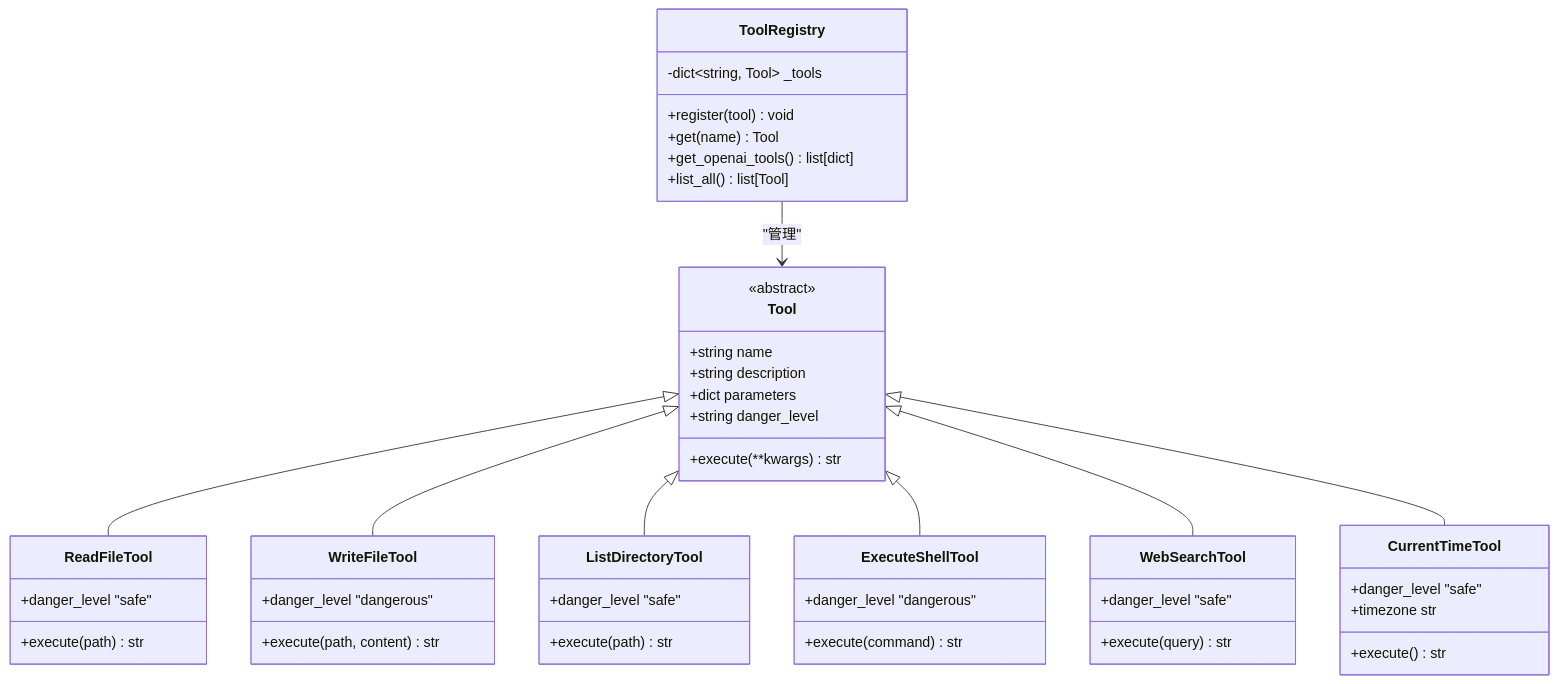
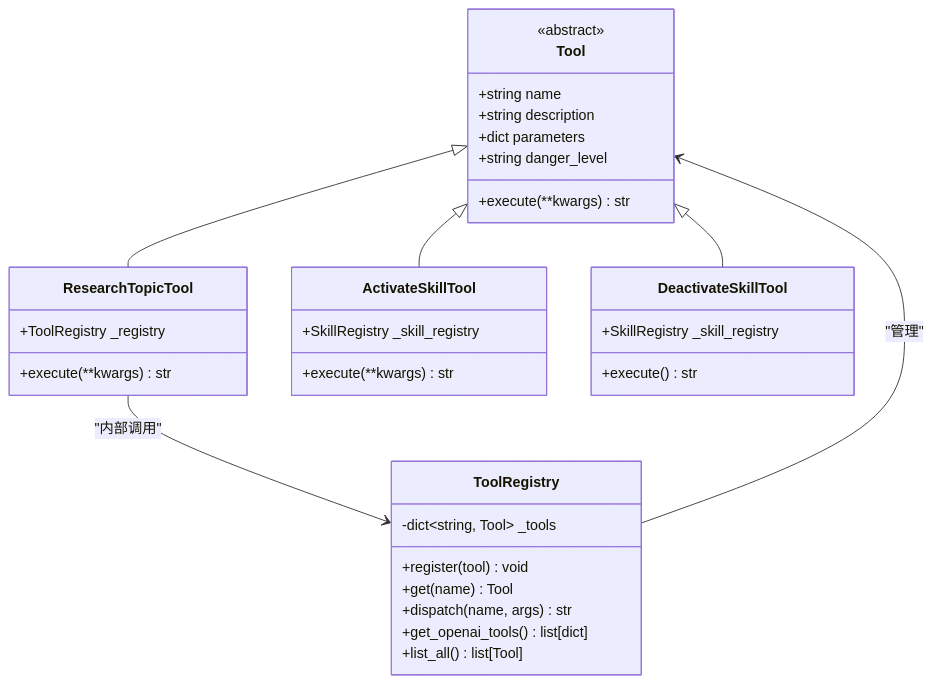
Before and after one commit to 250shiwo/MySmallAgent: the fifth of 10 diagrams in .qoder/repowiki/zh/content/项目概述.md, drawn with Mermaid. The commit also changed other lines of this file and 28 other files, not shown here.

````diff
--- a/.qoder/repowiki/zh/content/项目概述.md
+++ b/.qoder/repowiki/zh/content/项目概述.md
@@ -203,50 +285,36 @@
 ```mermaid
 classDiagram
 class Tool {
 <<abstract>>
 +string name
 +string description
 +dict parameters
 +string danger_level
 +execute(**kwargs) str
 }
 class ToolRegistry {
 -dict~string, Tool~ _tools
 +register(tool) void
 +get(name) Tool
++dispatch(name, args) str
 +get_openai_tools() list[dict]
 +list_all() list[Tool]
 }
-class ReadFileTool {
-+execute(path) str
-+danger_level "safe"
+class ResearchTopicTool {
++ToolRegistry _registry
++execute(**kwargs) str
 }
-class WriteFileTool {
-+execute(path, content) str
-+danger_level "dangerous"
+class ActivateSkillTool {
++SkillRegistry _skill_registry
++execute(**kwargs) str
 }
-class ListDirectoryTool {
-+execute(path) str
-+danger_level "safe"
+class DeactivateSkillTool {
++SkillRegistry _skill_registry
++execute() str
 }
-class ExecuteShellTool {
-+execute(command) str
-+danger_level "dangerous"
-}
-class WebSearchTool {
-+execute(query) str
-+danger_level "safe"
-}
-class CurrentTimeTool {
-+execute() str
-+danger_level "safe"
-+timezone str
-}
-Tool <|-- ReadFileTool
-Tool <|-- WriteFileTool
-Tool <|-- ListDirectoryTool
-Tool <|-- ExecuteShellTool
-Tool <|-- WebSearchTool
-Tool <|-- CurrentTimeTool
+Tool <|-- ResearchTopicTool
+Tool <|-- ActivateSkillTool
+Tool <|-- DeactivateSkillTool
 ToolRegistry --> Tool : "管理"
+ResearchTopicTool --> ToolRegistry : "内部调用"
 ```
````
